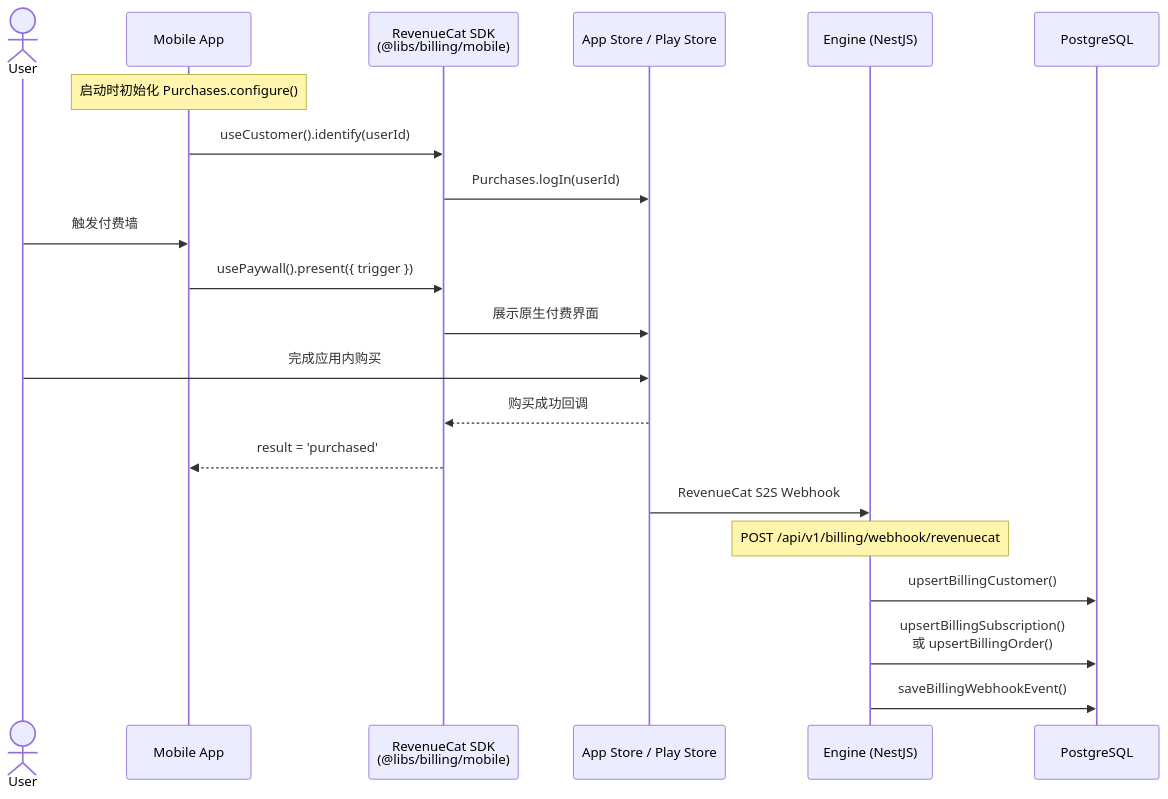
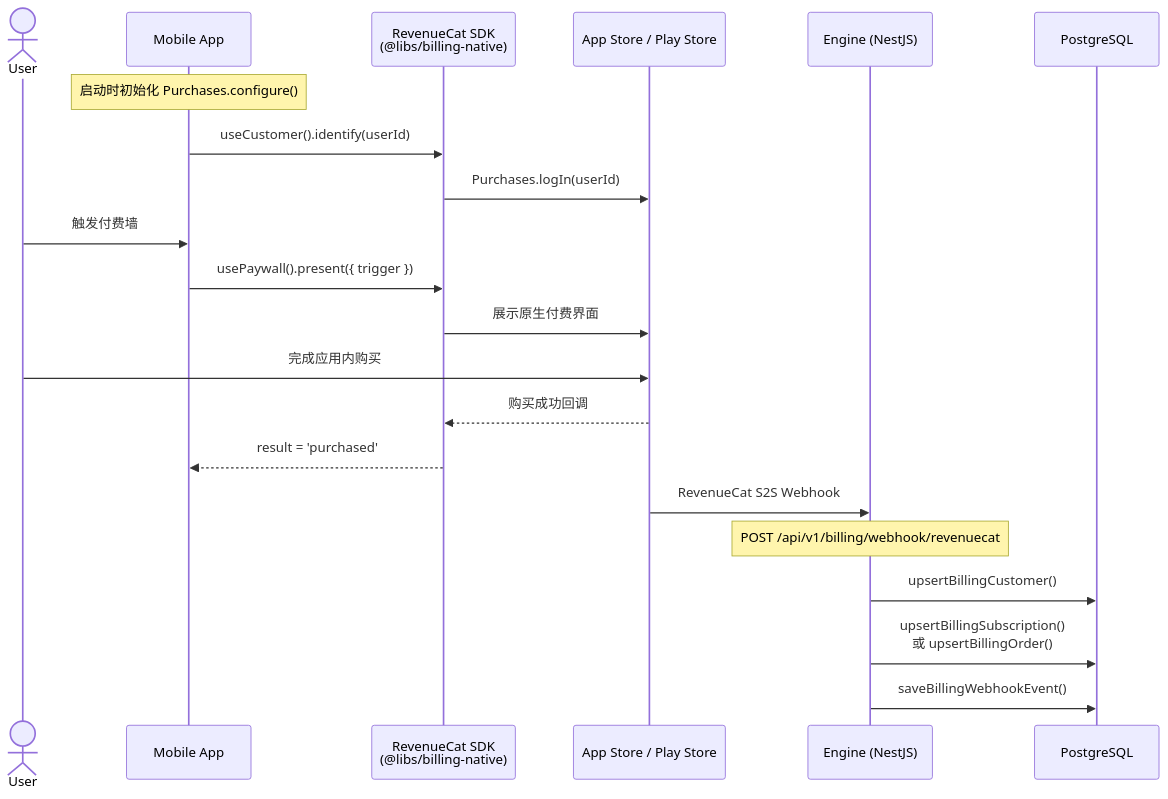
One commit to forkpath/ray changed the fifth of 6 diagrams in libs/billing/GUIDE.md. Above: the diagram before and after it, drawn with Mermaid. The commit also changed other lines of this file and 28 other files, not shown here.

Commit message:
refactor(billing): extract native adapter

````diff
--- a/libs/billing/GUIDE.md
+++ b/libs/billing/GUIDE.md
@@ -377,29 +377,29 @@
 ```mermaid
 sequenceDiagram
     actor User
     participant App as Mobile App
-    participant RC as RevenueCat SDK<br>(@libs/billing/mobile)
+    participant RC as RevenueCat SDK<br>(@libs/billing-native)
     participant Store as App Store / Play Store
     participant Engine as Engine (NestJS)
     participant DB as PostgreSQL
 
     Note over App: 启动时初始化 Purchases.configure()
 
     App->>RC: useCustomer().identify(userId)
     RC->>Store: Purchases.logIn(userId)
 
     User->>App: 触发付费墙
     App->>RC: usePaywall().present({ trigger })
     RC->>Store: 展示原生付费界面
     User->>Store: 完成应用内购买
 
     Store-->>RC: 购买成功回调
     RC-->>App: result = 'purchased'
 
     Store->>Engine: RevenueCat S2S Webhook
     Note over Engine: POST /api/v1/billing/webhook/revenuecat
 
     Engine->>DB: upsertBillingCustomer()
     Engine->>DB: upsertBillingSubscription()<br>或 upsertBillingOrder()
     Engine->>DB: saveBillingWebhookEvent()
 ```
````
